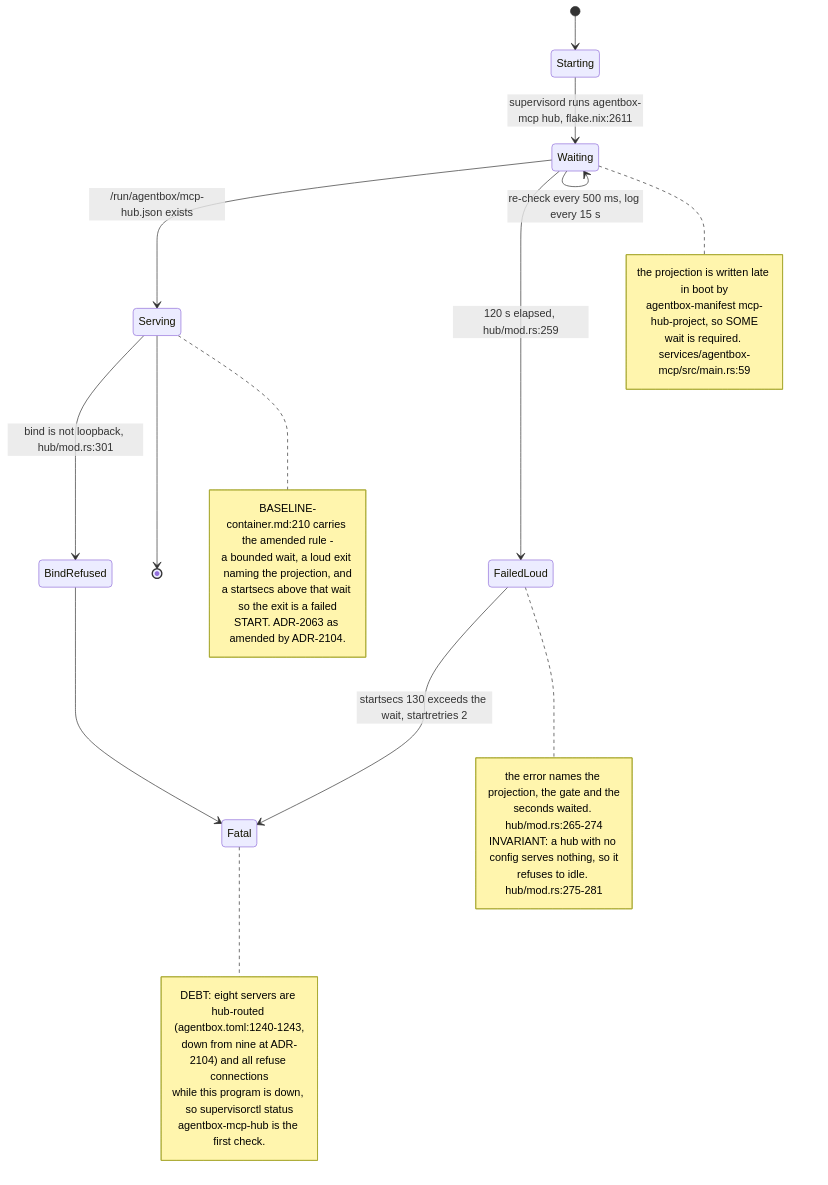
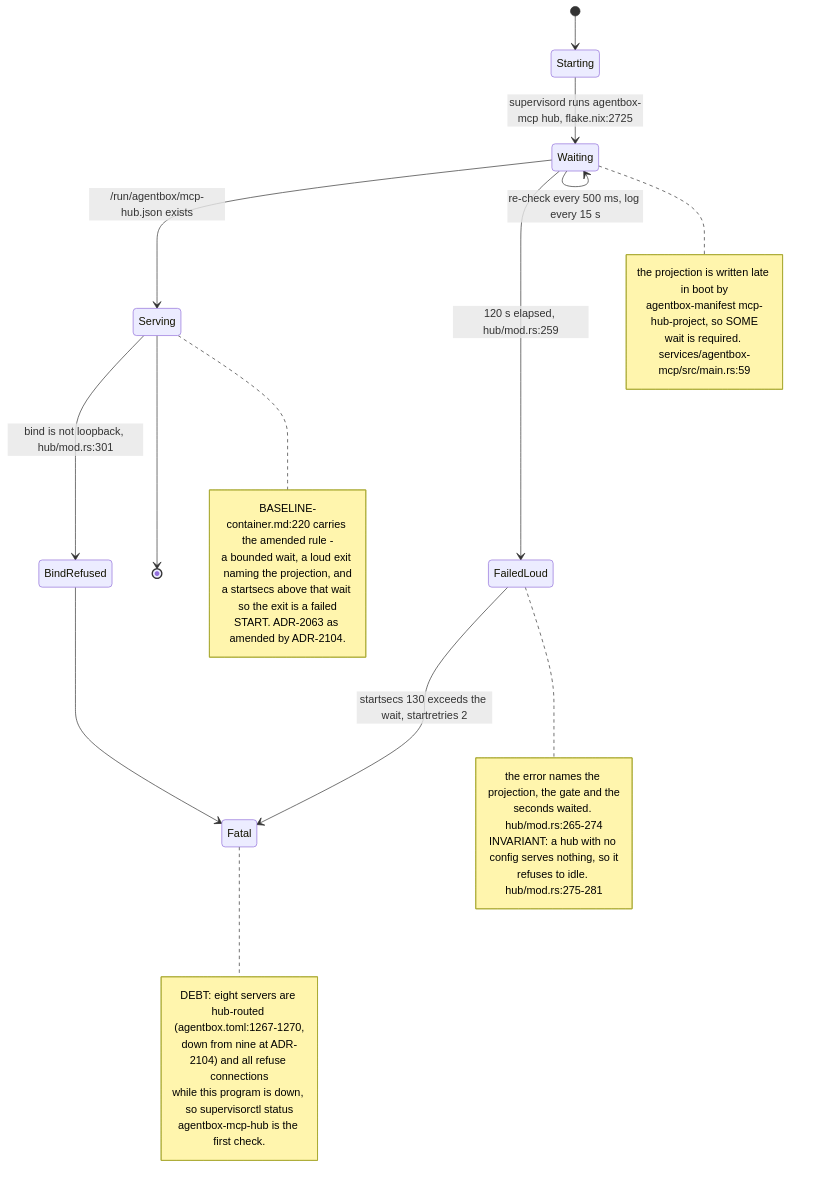
Before and after one commit to DreamLab-AI/VisionFlow: the seventh of 7 diagrams in docs/diagrams/agentbox/09-mcp-servers-catalogue.md, drawn with Mermaid. The commit also changed other lines of this file and 94 other files, not shown here.

First line of the commit message:
docs(diagrams): re-verify 130 topics against 2 October HEADs

````diff
--- a/docs/diagrams/agentbox/09-mcp-servers-catalogue.md
+++ b/docs/diagrams/agentbox/09-mcp-servers-catalogue.md
@@ -222,35 +222,35 @@
 ```mermaid
 stateDiagram-v2
     [*] --> Starting
-    Starting --> Waiting : supervisord runs agentbox-mcp hub, flake.nix:2611
+    Starting --> Waiting : supervisord runs agentbox-mcp hub, flake.nix:2725
     Waiting --> Serving : /run/agentbox/mcp-hub.json exists
     Waiting --> Waiting : re-check every 500 ms, log every 15 s
     Waiting --> FailedLoud : 120 s elapsed, hub/mod.rs:259
     Serving --> BindRefused : bind is not loopback, hub/mod.rs:301
     FailedLoud --> Fatal : startsecs 130 exceeds the wait, startretries 2
     BindRefused --> Fatal
     Serving --> [*]
     note right of Waiting
         the projection is written late in boot by
         agentbox-manifest mcp-hub-project, so SOME
         wait is required. services/agentbox-mcp/src/main.rs:59
     end note
     note right of FailedLoud
         the error names the projection, the gate and the
         seconds waited. hub/mod.rs:265-274
         INVARIANT: a hub with no config serves nothing, so it
         refuses to idle. hub/mod.rs:275-281
     end note
     note right of Serving
-        BASELINE-container.md:210 carries the amended rule -
+        BASELINE-container.md:220 carries the amended rule -
         a bounded wait, a loud exit naming the projection, and
         a startsecs above that wait so the exit is a failed
         START. ADR-2063 as amended by ADR-2104.
     end note
     note right of Fatal
-        DEBT: eight servers are hub-routed (agentbox.toml:1240-1243,
+        DEBT: eight servers are hub-routed (agentbox.toml:1267-1270,
         down from nine at ADR-2104) and all refuse connections
         while this program is down, so supervisorctl status
         agentbox-mcp-hub is the first check.
     end note
 ```
````
